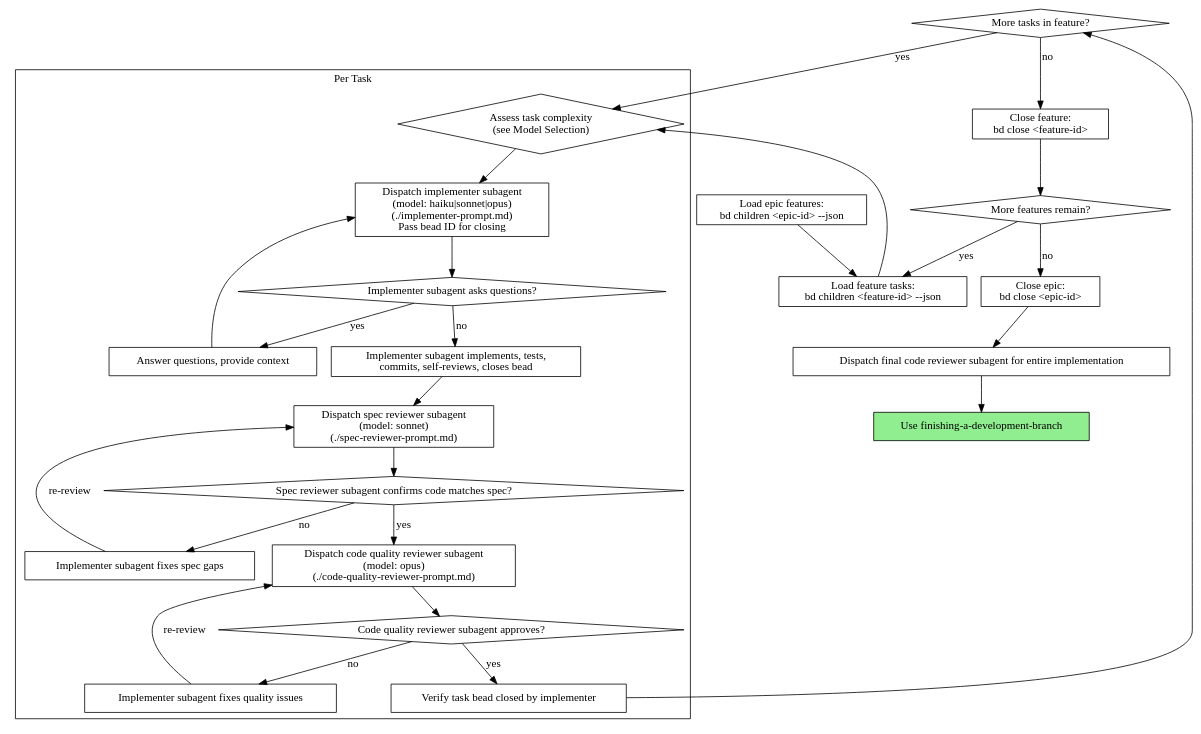
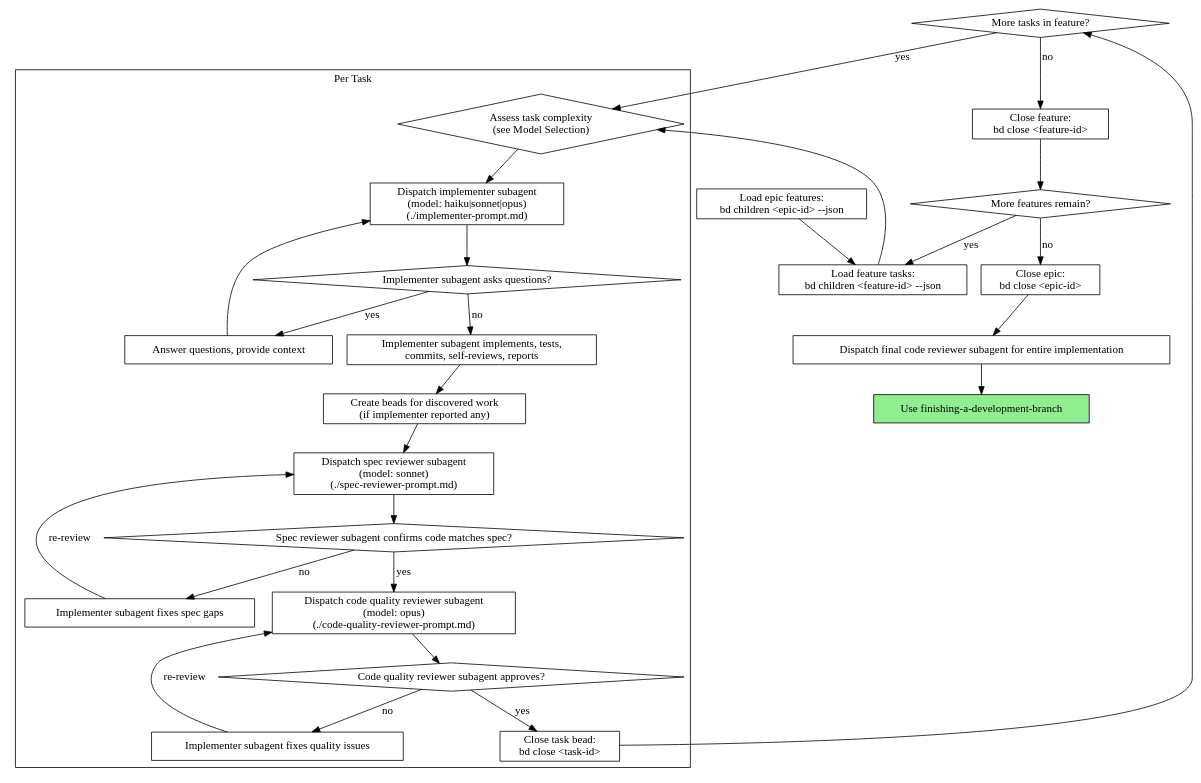
One commit to jwp23/spe changed the second of 2 diagrams in .claude/skills/subagent-driven-development/SKILL.md. Above: the diagram before and after it, drawn with Graphviz. The commit also changed other lines of this file and 1 other file, not shown here.

Commit message:
fix: controller owns bead lifecycle, implementers report discovered work
- Implementers do NOT close beads — controller closes after both
  reviews pass (prevents closing beads with unresolved review issues)
- Implementers report discovered work in status report; controller
  creates beads with discovered-from links
- Flowchart: implementer reports → controller creates discovered beads
  → spec review → quality review → controller closes task bead →
  close feature → close epic
- Red flags updated for complete bead lifecycle rules

````diff
--- a/.claude/skills/subagent-driven-development/SKILL.md
+++ b/.claude/skills/subagent-driven-development/SKILL.md
@@ -42,55 +42,57 @@
 ```dot
 digraph process {
     rankdir=TB;
 
     subgraph cluster_per_task {
         label="Per Task";
         "Assess task complexity\n(see Model Selection)" [shape=diamond];
-        "Dispatch implementer subagent\n(model: haiku|sonnet|opus)\n(./implementer-prompt.md)\nPass bead ID for closing" [shape=box];
+        "Dispatch implementer subagent\n(model: haiku|sonnet|opus)\n(./implementer-prompt.md)" [shape=box];
         "Implementer subagent asks questions?" [shape=diamond];
         "Answer questions, provide context" [shape=box];
-        "Implementer subagent implements, tests,\ncommits, self-reviews, closes bead" [shape=box];
+        "Implementer subagent implements, tests,\ncommits, self-reviews, reports" [shape=box];
+        "Create beads for discovered work\n(if implementer reported any)" [shape=box];
         "Dispatch spec reviewer subagent\n(model: sonnet)\n(./spec-reviewer-prompt.md)" [shape=box];
         "Spec reviewer subagent confirms code matches spec?" [shape=diamond];
         "Implementer subagent fixes spec gaps" [shape=box];
         "Dispatch code quality reviewer subagent\n(model: opus)\n(./code-quality-reviewer-prompt.md)" [shape=box];
         "Code quality reviewer subagent approves?" [shape=diamond];
         "Implementer subagent fixes quality issues" [shape=box];
-        "Verify task bead closed by implementer" [shape=box];
+        "Close task bead:\nbd close <task-id>" [shape=box];
     }
 
     "Load epic features:\nbd children <epic-id> --json" [shape=box];
     "Load feature tasks:\nbd children <feature-id> --json" [shape=box];
     "More tasks in feature?" [shape=diamond];
     "Close feature:\nbd close <feature-id>" [shape=box];
     "More features remain?" [shape=diamond];
     "Close epic:\nbd close <epic-id>" [shape=box];
     "Dispatch final code reviewer subagent for entire implementation" [shape=box];
     "Use finishing-a-development-branch" [shape=box style=filled fillcolor=lightgreen];
 
     "Load epic features:\nbd children <epic-id> --json" -> "Load feature tasks:\nbd children <feature-id> --json";
     "Load feature tasks:\nbd children <feature-id> --json" -> "Assess task complexity\n(see Model Selection)";
-    "Assess task complexity\n(see Model Selection)" -> "Dispatch implementer subagent\n(model: haiku|sonnet|opus)\n(./implementer-prompt.md)\nPass bead ID for closing";
-    "Dispatch implementer subagent\n(model: haiku|sonnet|opus)\n(./implementer-prompt.md)\nPass bead ID for closing" -> "Implementer subagent asks questions?";
+    "Assess task complexity\n(see Model Selection)" -> "Dispatch implementer subagent\n(model: haiku|sonnet|opus)\n(./implementer-prompt.md)";
+    "Dispatch implementer subagent\n(model: haiku|sonnet|opus)\n(./implementer-prompt.md)" -> "Implementer subagent asks questions?";
     "Implementer subagent asks questions?" -> "Answer questions, provide context" [label="yes"];
-    "Answer questions, provide context" -> "Dispatch implementer subagent\n(model: haiku|sonnet|opus)\n(./implementer-prompt.md)\nPass bead ID for closing";
-    "Implementer subagent asks questions?" -> "Implementer subagent implements, tests,\ncommits, self-reviews, closes bead" [label="no"];
-    "Implementer subagent implements, tests,\ncommits, self-reviews, closes bead" -> "Dispatch spec reviewer subagent\n(model: sonnet)\n(./spec-reviewer-prompt.md)";
+    "Answer questions, provide context" -> "Dispatch implementer subagent\n(model: haiku|sonnet|opus)\n(./implementer-prompt.md)";
+    "Implementer subagent asks questions?" -> "Implementer subagent implements, tests,\ncommits, self-reviews, reports" [label="no"];
+    "Implementer subagent implements, tests,\ncommits, self-reviews, reports" -> "Create beads for discovered work\n(if implementer reported any)";
+    "Create beads for discovered work\n(if implementer reported any)" -> "Dispatch spec reviewer subagent\n(model: sonnet)\n(./spec-reviewer-prompt.md)";
     "Dispatch spec reviewer subagent\n(model: sonnet)\n(./spec-reviewer-prompt.md)" -> "Spec reviewer subagent confirms code matches spec?";
     "Spec reviewer subagent confirms code matches spec?" -> "Implementer subagent fixes spec gaps" [label="no"];
     "Implementer subagent fixes spec gaps" -> "Dispatch spec reviewer subagent\n(model: sonnet)\n(./spec-reviewer-prompt.md)" [label="re-review"];
     "Spec reviewer subagent confirms code matches spec?" -> "Dispatch code quality reviewer subagent\n(model: opus)\n(./code-quality-reviewer-prompt.md)" [label="yes"];
     "Dispatch code quality reviewer subagent\n(model: opus)\n(./code-quality-reviewer-prompt.md)" -> "Code quality reviewer subagent approves?";
     "Code quality reviewer subagent approves?" -> "Implementer subagent fixes quality issues" [label="no"];
     "Implementer subagent fixes quality issues" -> "Dispatch code quality reviewer subagent\n(model: opus)\n(./code-quality-reviewer-prompt.md)" [label="re-review"];
-    "Code quality reviewer subagent approves?" -> "Verify task bead closed by implementer" [label="yes"];
-    "Verify task bead closed by implementer" -> "More tasks in feature?";
+    "Code quality reviewer subagent approves?" -> "Close task bead:\nbd close <task-id>" [label="yes"];
+    "Close task bead:\nbd close <task-id>" -> "More tasks in feature?";
     "More tasks in feature?" -> "Assess task complexity\n(see Model Selection)" [label="yes"];
     "More tasks in feature?" -> "Close feature:\nbd close <feature-id>" [label="no"];
     "Close feature:\nbd close <feature-id>" -> "More features remain?";
     "More features remain?" -> "Load feature tasks:\nbd children <feature-id> --json" [label="yes"];
     "More features remain?" -> "Close epic:\nbd close <epic-id>" [label="no"];
     "Close epic:\nbd close <epic-id>" -> "Dispatch final code reviewer subagent for entire implementation";
     "Dispatch final code reviewer subagent for entire implementation" -> "Use finishing-a-development-branch";
 }
 ```
````
